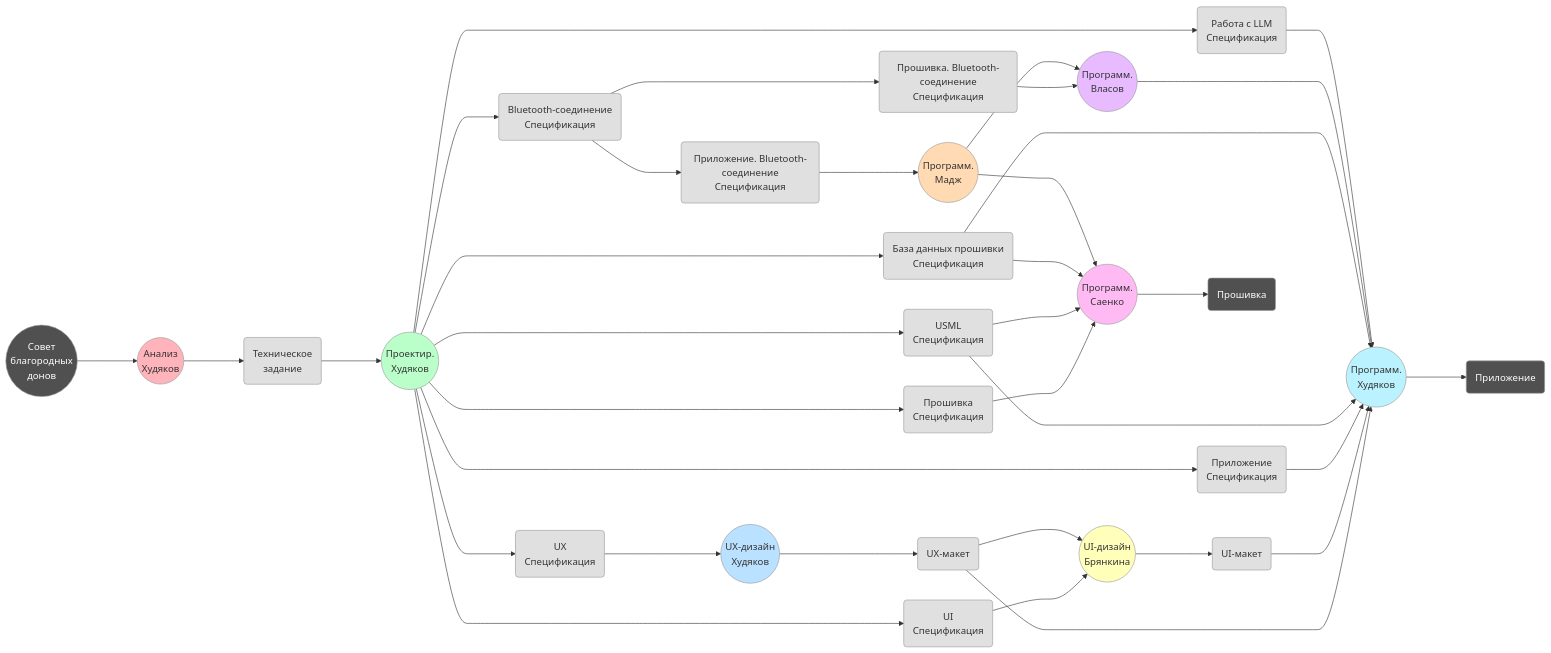
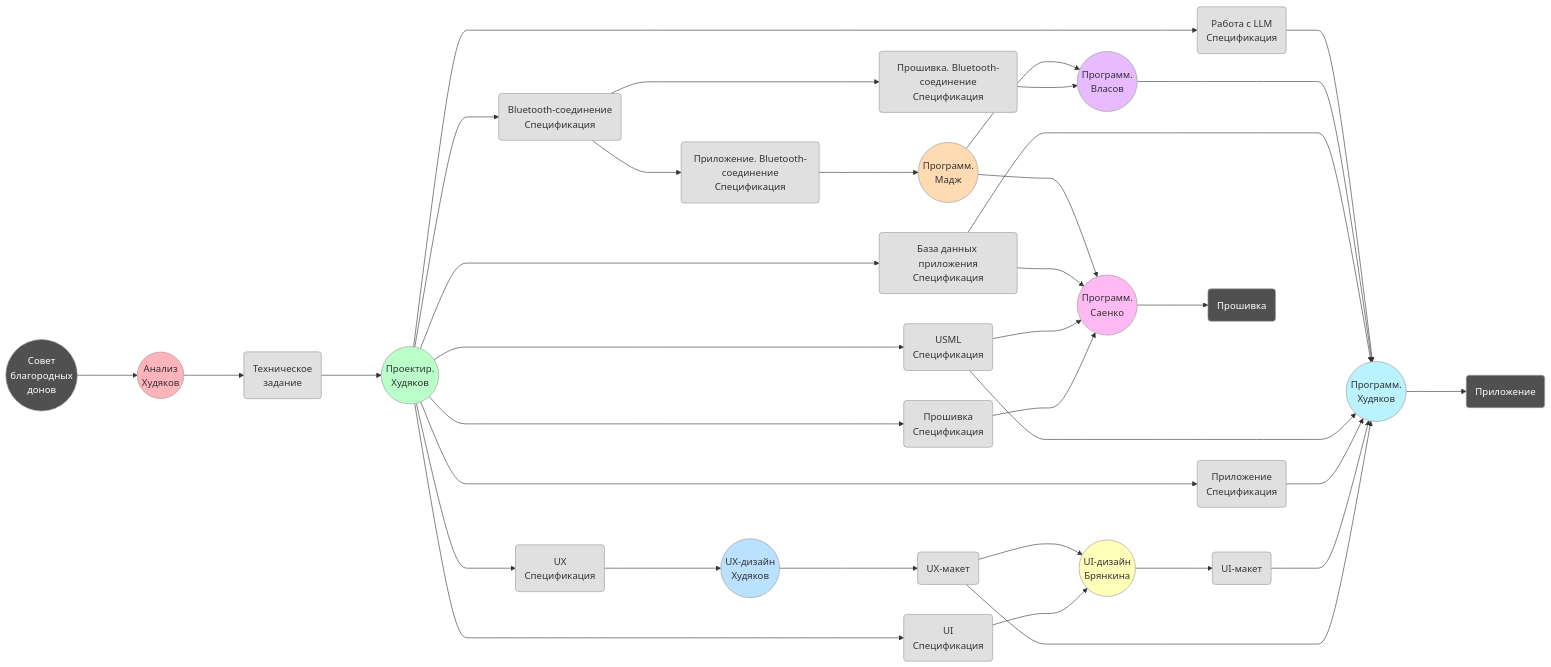
The diagram in Project/process.md (KhudyakovAlex/Synapse), drawn with Mermaid before and after one commit. The commit also changed 7 other files, not shown here.

```diff
--- a/Project/process.md
+++ b/Project/process.md
@@ -28,7 +28,7 @@
     DSUX(UX<br>Спецификация)
     DSUI(UI<br>Спецификация)
     DSAPP(Приложение<br>Спецификация)
-    DSDB(База данных прошивки<br>Спецификация)
+    DSDB(База данных приложения<br>Спецификация)
     DSP(USML<br>Спецификация)
     DSB(Bluetooth-соединение<br>Спецификация)
     DSLLM(Работа с LLM<br>Спецификация)
```
